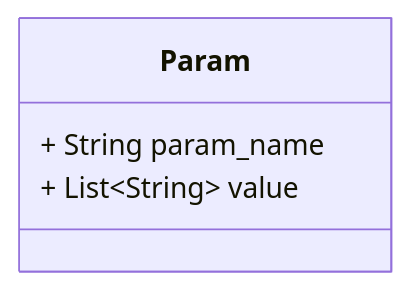
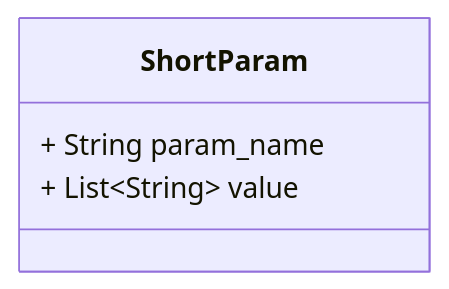
Before and after one commit to pechkaeltsin/market2ksr: the fourth of 4 diagrams in Архитектура.md, drawn with Mermaid. The commit also changed other lines of this file and 3 other files, not shown here.

````diff
--- a/Архитектура.md
+++ b/Архитектура.md
@@ -163,7 +167,7 @@
 ```mermaid
 classDiagram
-class Param{
+class ShortParam{
             + String param_name
             + List~String~ value
         }
 ```
````
